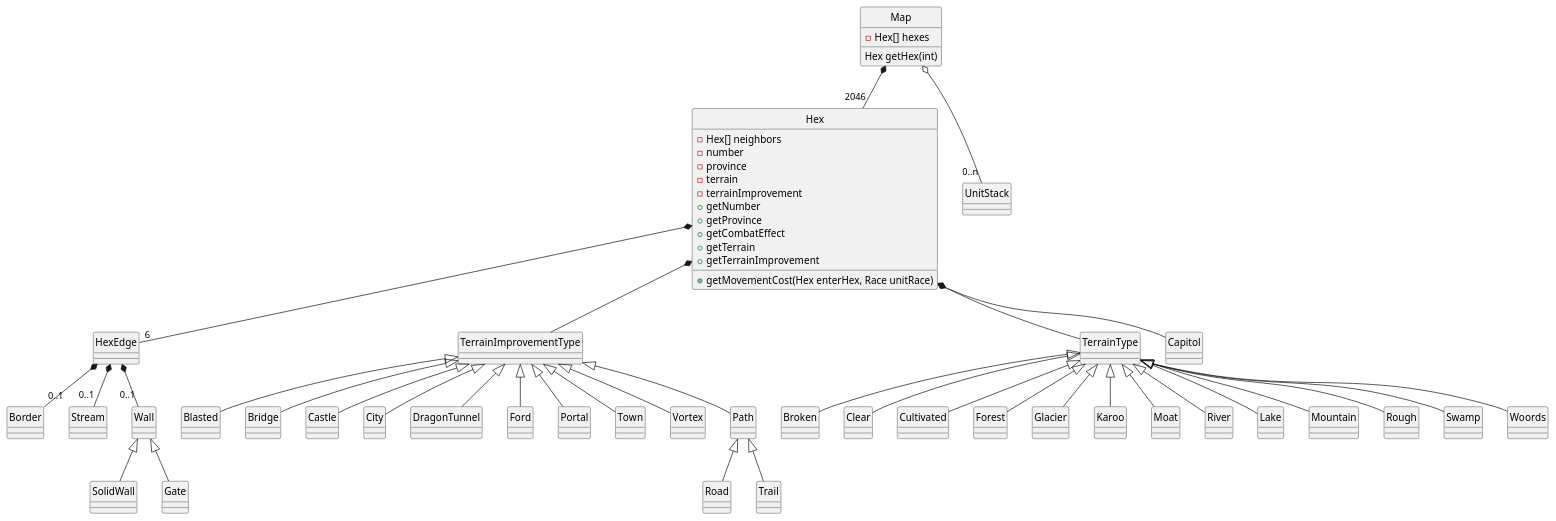
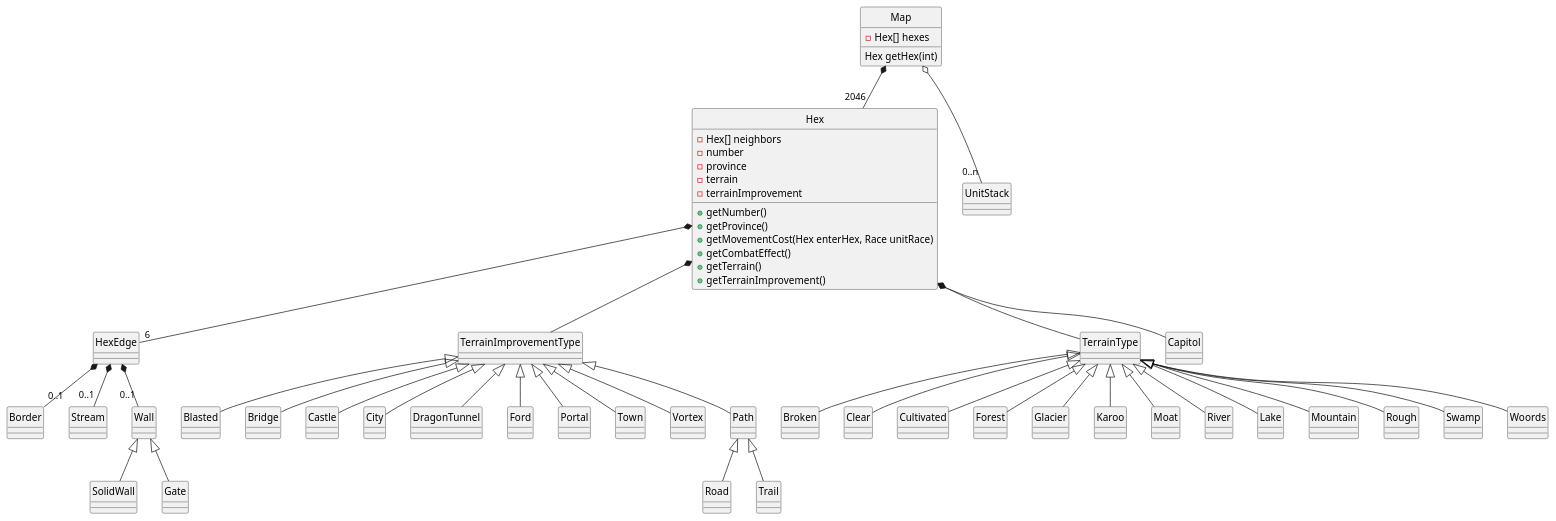
One commit to CS383-Sword-and-Sorcery/HW3 changed the diagram in mapmove.pu. Above: the diagram before and after it, drawn with PlantUML.

Commit message:
changed some fields to methods

```diff
--- a/mapmove.pu
+++ b/mapmove.pu
@@ -1,62 +1,62 @@
 @startuml
 hide circle
 ' <|-- is "extention" and used for class inheritence
 ' *-- is composition (static aggregation), for when b is permanently "part of" a
 ' o-- is aggregation (dynamic aggregation)
 
 class Map {
     -Hex[] hexes
 	Hex getHex(int)
 }
 
 class Hex {
 	-Hex[] neighbors
     -number
     -province
     -terrain
     -terrainImprovement
-    +getNumber
-    +getProvince
+    +getNumber()
+    +getProvince()
     +getMovementCost(Hex enterHex, Race unitRace)
-    +getCombatEffect
-    +getTerrain
-    +getTerrainImprovement
+    +getCombatEffect()
+    +getTerrain()
+    +getTerrainImprovement()
 }
 
 Map o-- "0..n" UnitStack
 Map *-- "2046" Hex
 Hex *-- "6" HexEdge
 Hex *-- TerrainImprovementType
 Hex *-- TerrainType
 Hex *-- Capitol
 HexEdge *-- "0..1" Border
 HexEdge *-- "0..1" Stream
 HexEdge *-- "0..1" Wall
                    Wall <|-- SolidWall
                    Wall <|-- Gate
 TerrainType <|-- Broken
 TerrainType <|-- Clear
 TerrainType <|-- Cultivated
 TerrainType <|-- Forest
 TerrainType <|-- Glacier
 TerrainType <|-- Karoo
 TerrainType <|-- Moat
 TerrainType <|-- River
 TerrainType <|-- Lake
 TerrainType <|-- Mountain
 TerrainType <|-- Rough
 TerrainType <|-- Swamp
 TerrainType <|-- Woords
 TerrainImprovementType <|-- Blasted
 TerrainImprovementType <|-- Bridge
 TerrainImprovementType <|-- Castle
 TerrainImprovementType <|-- City
 TerrainImprovementType <|-- DragonTunnel
 TerrainImprovementType <|-- Ford
 TerrainImprovementType <|-- Portal
 TerrainImprovementType <|-- Town
 TerrainImprovementType <|-- Vortex
 TerrainImprovementType <|-- Path
                             Path <|-- Road
                             Path <|-- Trail
 @enduml
```
